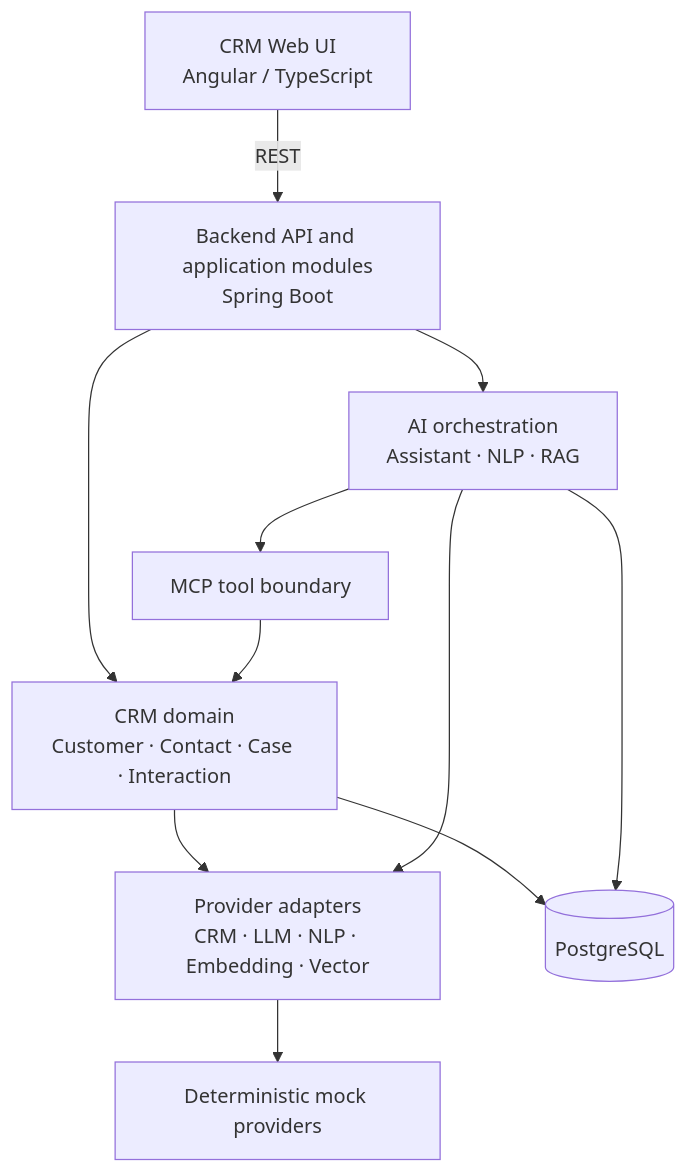
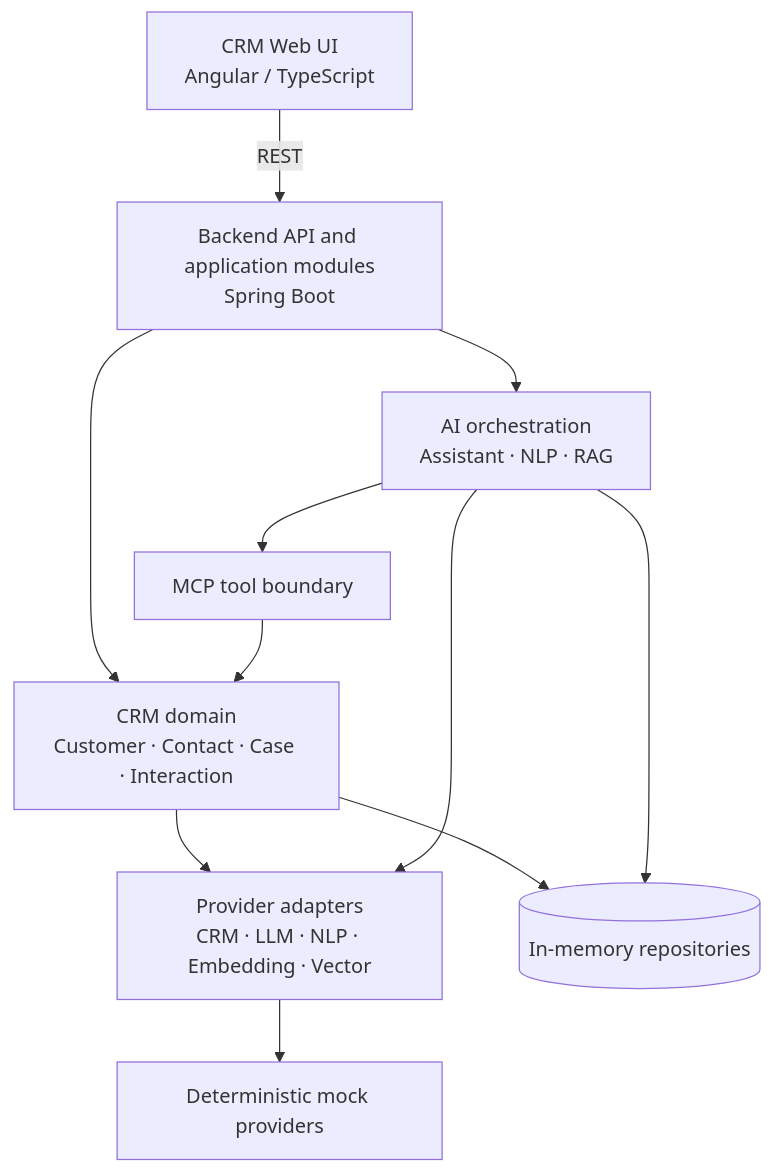
One commit to pauluswi/relasi-ai changed the second of 5 diagrams in docs/arc42.md. Above: the diagram before and after it, drawn with Mermaid. The commit also changed other lines of this file and 3 other files, not shown here.

````diff
--- a/docs/arc42.md
+++ b/docs/arc42.md
@@ -105,21 +106,21 @@
 ```mermaid
 flowchart TB
     UI[CRM Web UI\nAngular / TypeScript]
     API[Backend API and application modules\nSpring Boot]
     CRM[CRM domain\nCustomer · Contact · Case · Interaction]
     AI[AI orchestration\nAssistant · NLP · RAG]
     MCP[MCP tool boundary]
     ADAPT[Provider adapters\nCRM · LLM · NLP · Embedding · Vector]
-    DB[(PostgreSQL)]
+    DB[(In-memory repositories)]
     MOCK[Deterministic mock providers]
     UI -->|REST| API
     API --> CRM
     API --> AI
     AI --> MCP
     MCP --> CRM
     CRM --> ADAPT
     AI --> ADAPT
     ADAPT --> MOCK
     CRM --> DB
     AI --> DB
 ```
````
